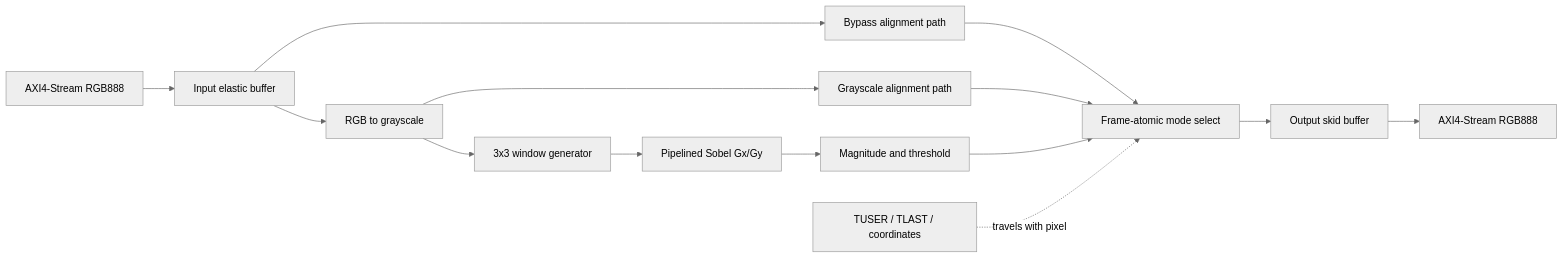
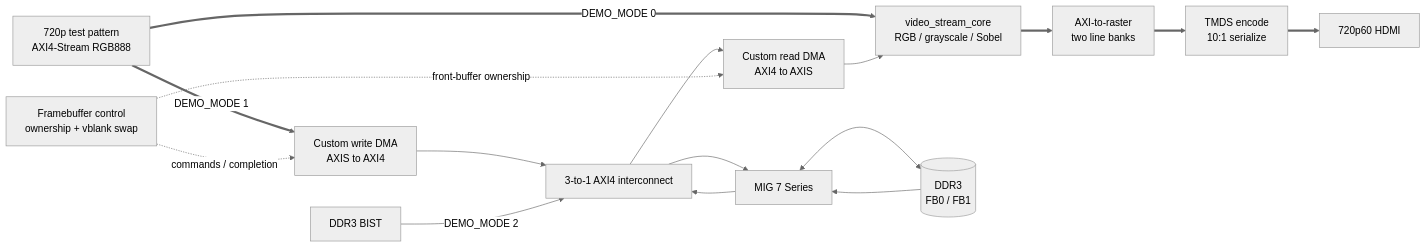
The diagram in README.md (vohoangnguyennnn/fpga-video-display-engine), drawn with Mermaid (neutral theme) before and after one commit. The commit also changed other lines of this file and 18 other files, not shown here.

````diff
--- a/README.md
+++ b/README.md
@@ -47,16 +33,25 @@
 ```mermaid
 flowchart LR
-    SRC[AXI4-Stream RGB888] --> IN[Input elastic buffer]
-    IN --> GRAY[RGB to grayscale]
-    GRAY --> WIN[3x3 window generator]
-    WIN --> SOBEL[Pipelined Sobel Gx/Gy]
-    SOBEL --> MAG[Magnitude and threshold]
-    IN --> BYPASS[Bypass alignment path]
-    GRAY --> GMODE[Grayscale alignment path]
-    BYPASS --> SEL[Frame-atomic mode select]
-    GMODE --> SEL
-    MAG --> SEL
-    SEL --> OUT[Output skid buffer]
-    OUT --> SNK[AXI4-Stream RGB888]
-    META[TUSER / TLAST / coordinates] -. travels with pixel .-> SEL
+    TPG[720p test pattern<br/>AXI4-Stream RGB888]
+    CORE[video_stream_core<br/>RGB / grayscale / Sobel]
+    RASTER[AXI-to-raster<br/>two line banks]
+    TMDS[TMDS encode<br/>10:1 serialize]
+    HDMI[720p60 HDMI]
+
+    WDMA[Custom write DMA<br/>AXIS to AXI4]
+    FABRIC[3-to-1 AXI4 interconnect]
+    MIG[MIG 7 Series]
+    DDR[(DDR3<br/>FB0 / FB1)]
+    RDMA[Custom read DMA<br/>AXI4 to AXIS]
+    BIST[DDR3 BIST]
+    CTRL[Framebuffer control<br/>ownership + vblank swap]
+
+    TPG ==>|DEMO_MODE 0| CORE
+    TPG ==>|DEMO_MODE 1| WDMA
+    WDMA --> FABRIC --> MIG <--> DDR
+    DDR --> MIG --> FABRIC --> RDMA --> CORE
+    BIST -->|DEMO_MODE 2| FABRIC
+    CTRL -. commands / completion .-> WDMA
+    CTRL -. front-buffer ownership .-> RDMA
+    CORE ==> RASTER ==> TMDS ==> HDMI
 ```
````
